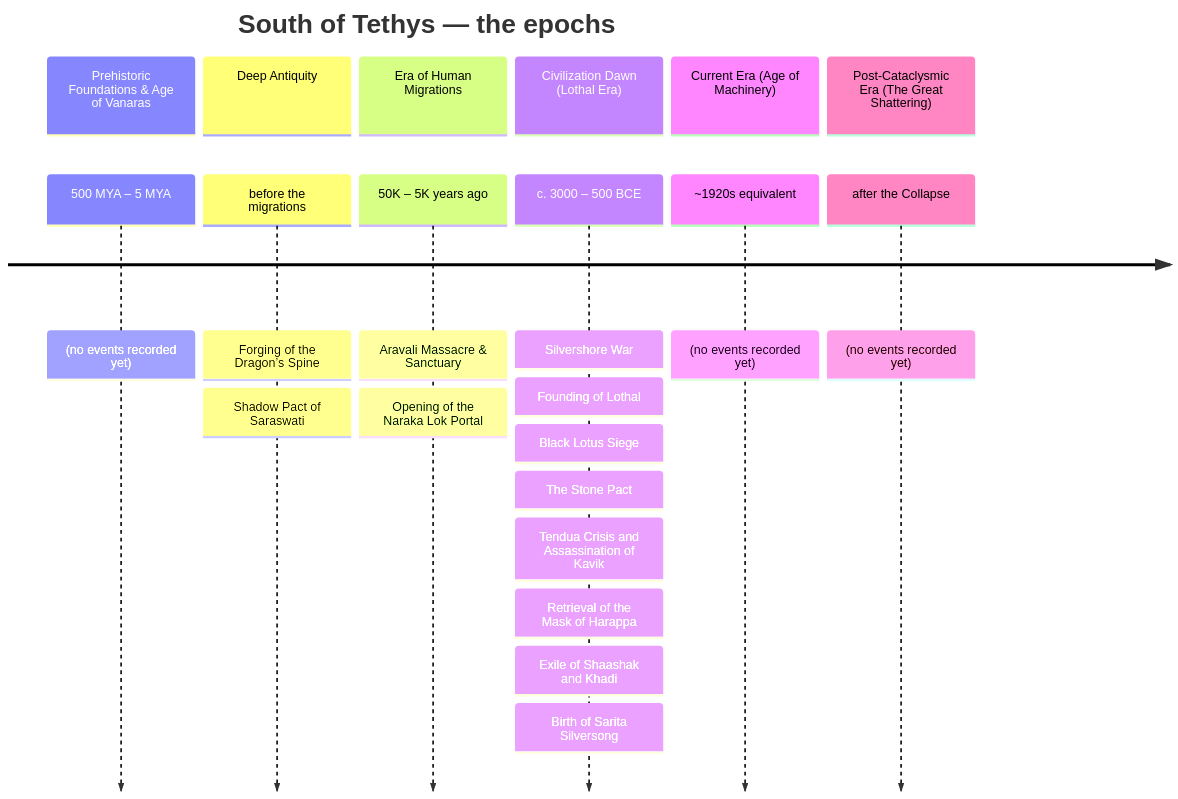
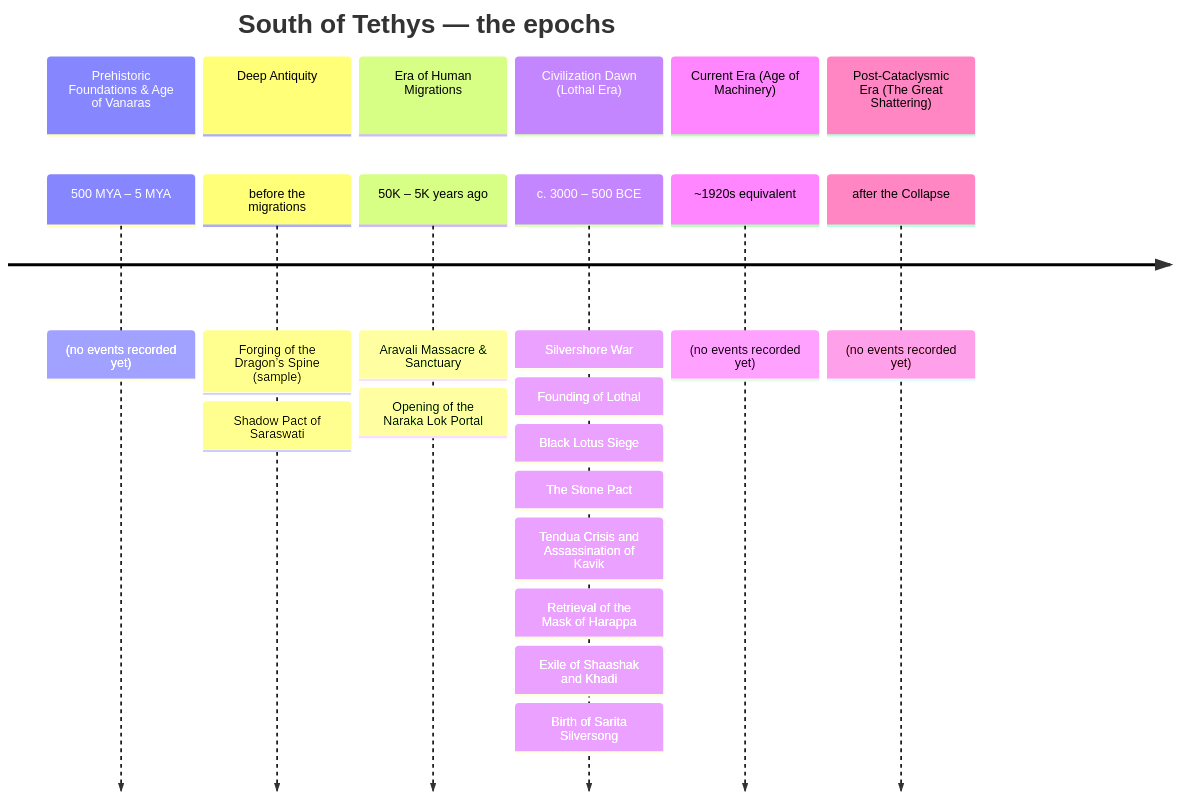
One commit to lordlebu/SouthOfTethys changed the first of 2 diagrams in docs/timeline_mermaid.md. Above: the diagram before and after it, drawn with Mermaid. The commit also changed other lines of this file and 18 other files, not shown here.

````diff
--- a/docs/timeline_mermaid.md
+++ b/docs/timeline_mermaid.md
@@ -7,16 +7,16 @@
 ```mermaid
 timeline
     title South of Tethys — the epochs
     section Prehistoric Foundations & Age of Vanaras
         500 MYA – 5 MYA : (no events recorded yet)
     section Deep Antiquity
-        before the migrations : Forging of the Dragon’s Spine : Shadow Pact of Saraswati
+        before the migrations : Forging of the Dragon’s Spine (sample) : Shadow Pact of Saraswati
     section Era of Human Migrations
         50K – 5K years ago : Aravali Massacre & Sanctuary : Opening of the Naraka Lok Portal
     section Civilization Dawn (Lothal Era)
         c. 3000 – 500 BCE : Silvershore War : Founding of Lothal : Black Lotus Siege : The Stone Pact : Tendua Crisis and Assassination of Kavik : Retrieval of the Mask of Harappa : Exile of Shaashak and Khadi : Birth of Sarita Silversong
     section Current Era (Age of Machinery)
         ~1920s equivalent : (no events recorded yet)
     section Post-Cataclysmic Era (The Great Shattering)
         after the Collapse : (no events recorded yet)
 ```
````
